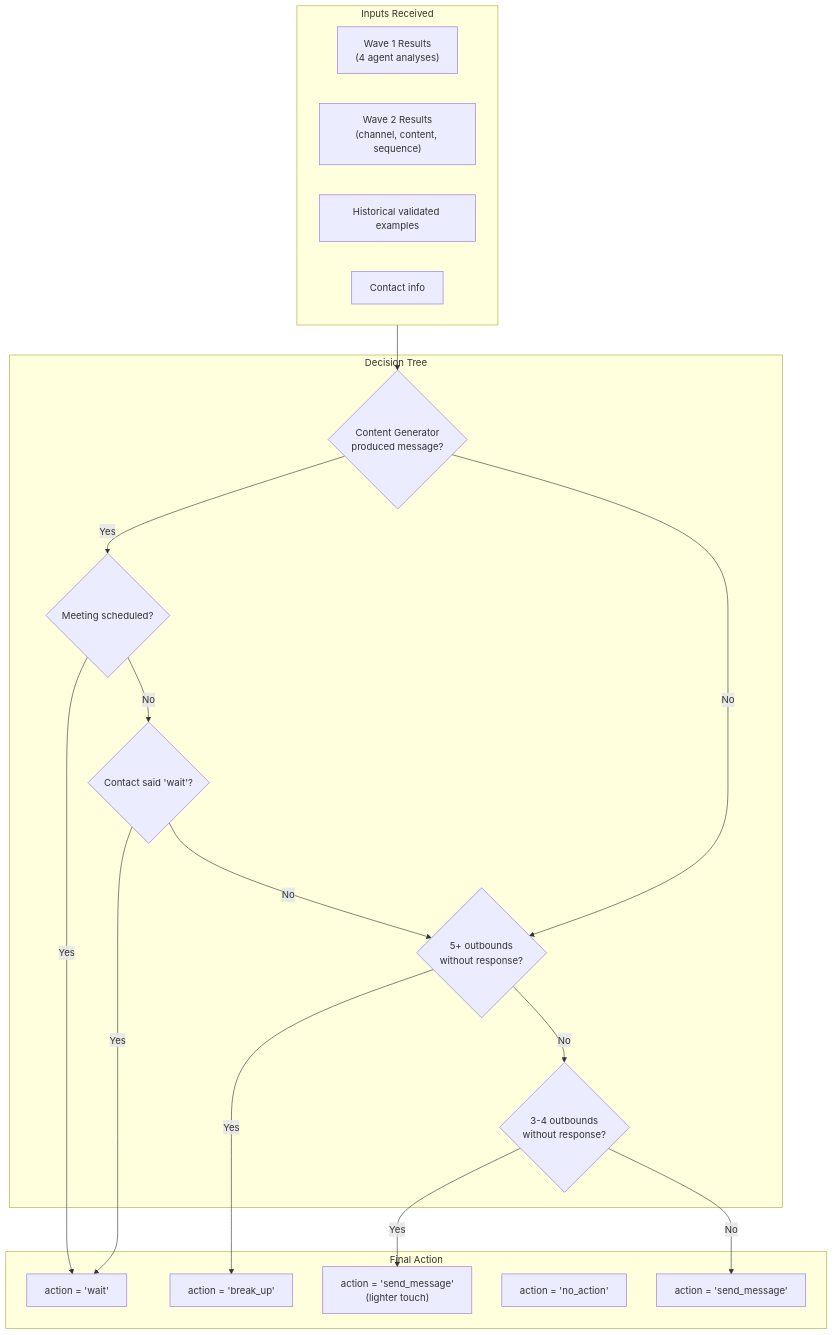
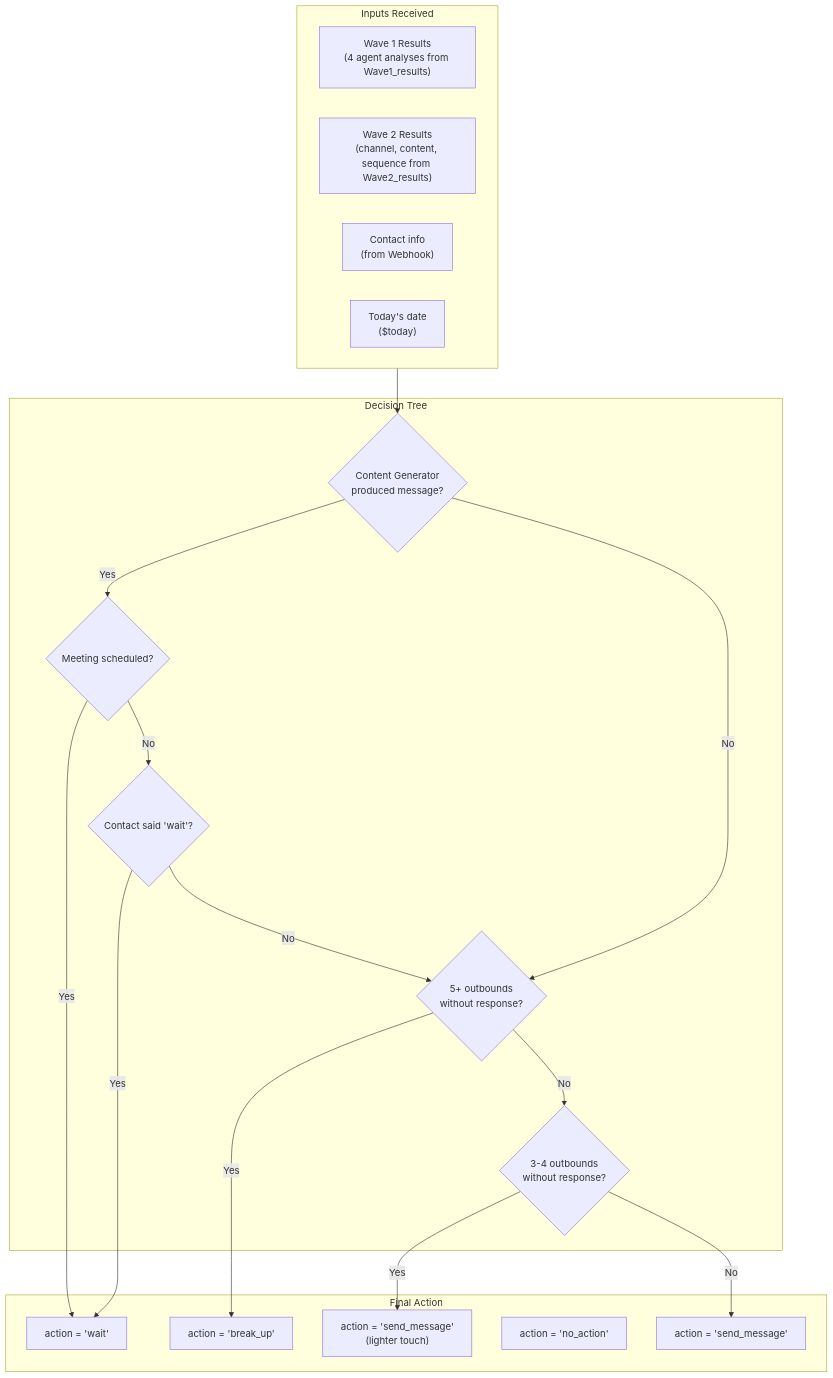
Diagram 12 of 17 in WORKFLOW-DIAGRAM.md (damianstetsonair/sales-n8n-ia), drawn with Mermaid before and after one commit. The commit also changed other lines of this file and 8 other files, not shown here.

Commit message:
update flows based in parallel workflow

````diff
--- a/WORKFLOW-DIAGRAM.md
+++ b/WORKFLOW-DIAGRAM.md
@@ -762,37 +735,37 @@
 ```mermaid
 flowchart TB
     subgraph INPUTS["Inputs Received"]
-        W1["Wave 1 Results<br/>(4 agent analyses)"]
-        W2["Wave 2 Results<br/>(channel, content, sequence)"]
-        HIST["Historical validated examples"]
-        CONTACT["Contact info"]
+        W1["Wave 1 Results<br/>(4 agent analyses from Wave1_results)"]
+        W2["Wave 2 Results<br/>(channel, content, sequence from Wave2_results)"]
+        CONTACT["Contact info<br/>(from Webhook)"]
+        TODAY["Today's date<br/>($today)"]
     end
 
     subgraph DECISION_TREE["Decision Tree"]
         D1{"Content Generator<br/>produced message?"}
         D2{"Meeting scheduled?"}
         D3{"Contact said 'wait'?"}
         D4{"5+ outbounds<br/>without response?"}
         D5{"3-4 outbounds<br/>without response?"}
     end
 
     subgraph ACTIONS["Final Action"]
         SEND["action = 'send_message'"]
         WAIT["action = 'wait'"]
         BREAKUP["action = 'break_up'"]
         NOACTION["action = 'no_action'"]
         LIGHT["action = 'send_message'<br/>(lighter touch)"]
     end
 
     INPUTS --> D1
     D1 -->|"Yes"| D2
     D1 -->|"No"| D4
     D2 -->|"Yes"| WAIT
     D2 -->|"No"| D3
     D3 -->|"Yes"| WAIT
     D3 -->|"No"| D4
     D4 -->|"Yes"| BREAKUP
     D4 -->|"No"| D5
     D5 -->|"Yes"| LIGHT
     D5 -->|"No"| SEND
 ```
````
